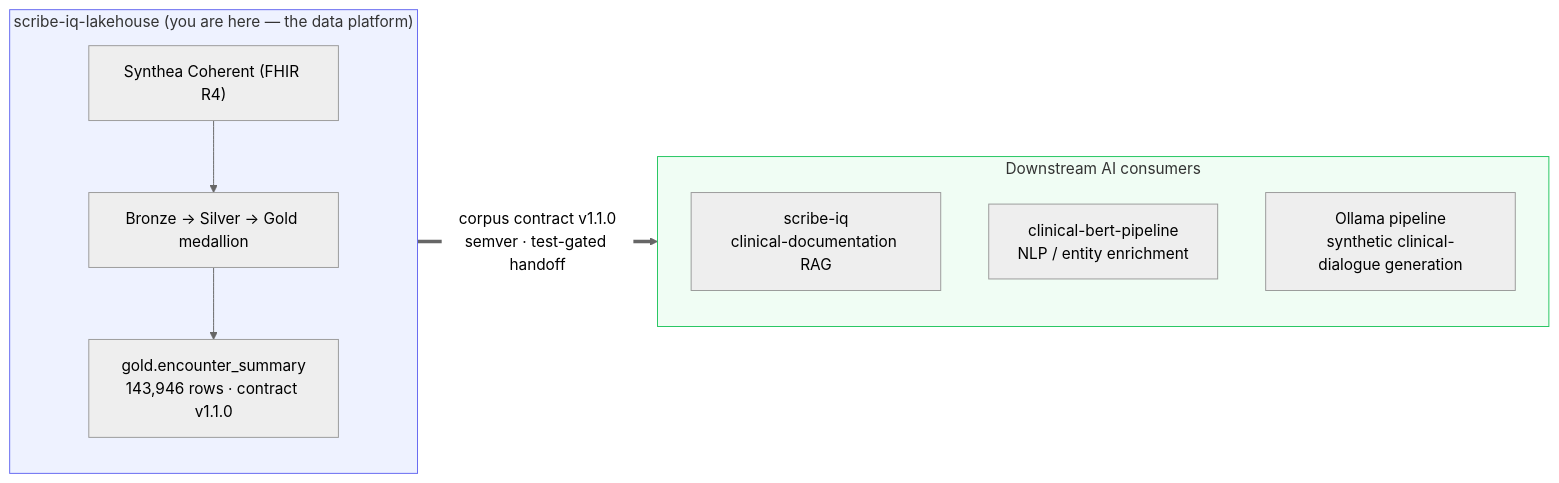
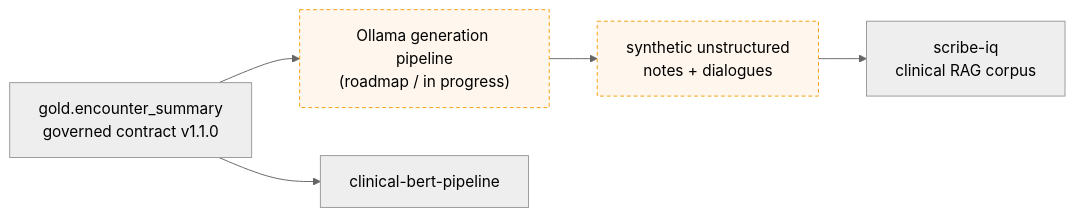
The diagram in docs/portfolio.md (sandeep-jay/scribe-iq-lakehouse), drawn with Mermaid (neutral theme) before and after one commit. The commit also changed other lines of this file and 2 other files, not shown here.

First line of the commit message:
docs: architecture/parity/portfolio diagrams; Ollama loop marked roadmap

````diff
--- a/docs/portfolio.md
+++ b/docs/portfolio.md
@@ -9,21 +25,12 @@
 ```mermaid
 flowchart LR
-    subgraph LH["scribe-iq-lakehouse  (you are here — the data platform)"]
-        direction TB
-        S3["Synthea Coherent (FHIR R4)"]
-        MED["Bronze → Silver → Gold medallion"]
-        GD["gold.encounter_summary<br/>143,946 rows · contract v1.1.0"]
-        S3 --> MED --> GD
-    end
-    GD == "corpus contract v1.1.0<br/>semver · test-gated handoff" ==> C
-    subgraph C["Downstream AI consumers"]
-        direction TB
-        SIQ["scribe-iq<br/>clinical-documentation RAG"]
-        BERT["clinical-bert-pipeline<br/>NLP / entity enrichment"]
-        OLL["Ollama pipeline<br/>synthetic clinical-dialogue generation"]
-    end
-    classDef plat fill:#eef2ff,stroke:#6366f1;
-    classDef cons fill:#f0fdf4,stroke:#22c55e;
-    class LH plat
-    class C cons
+    GD["gold.encounter_summary<br/>governed contract v1.1.0"]
+    OLL["Ollama generation pipeline<br/>(roadmap / in progress)"]
+    NOTES["synthetic unstructured<br/>notes + dialogues"]
+    SIQ["scribe-iq<br/>clinical RAG corpus"]
+    BERT["clinical-bert-pipeline"]
+    GD --> OLL --> NOTES --> SIQ
+    GD --> BERT
+    classDef road fill:#fff7ed,stroke:#f59e0b,stroke-dasharray:4 3;
+    class OLL,NOTES road
 ```
````
